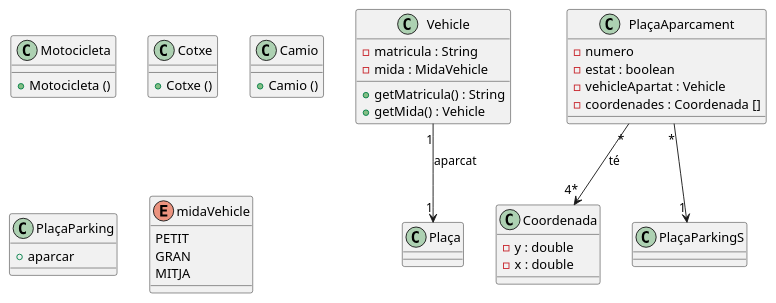
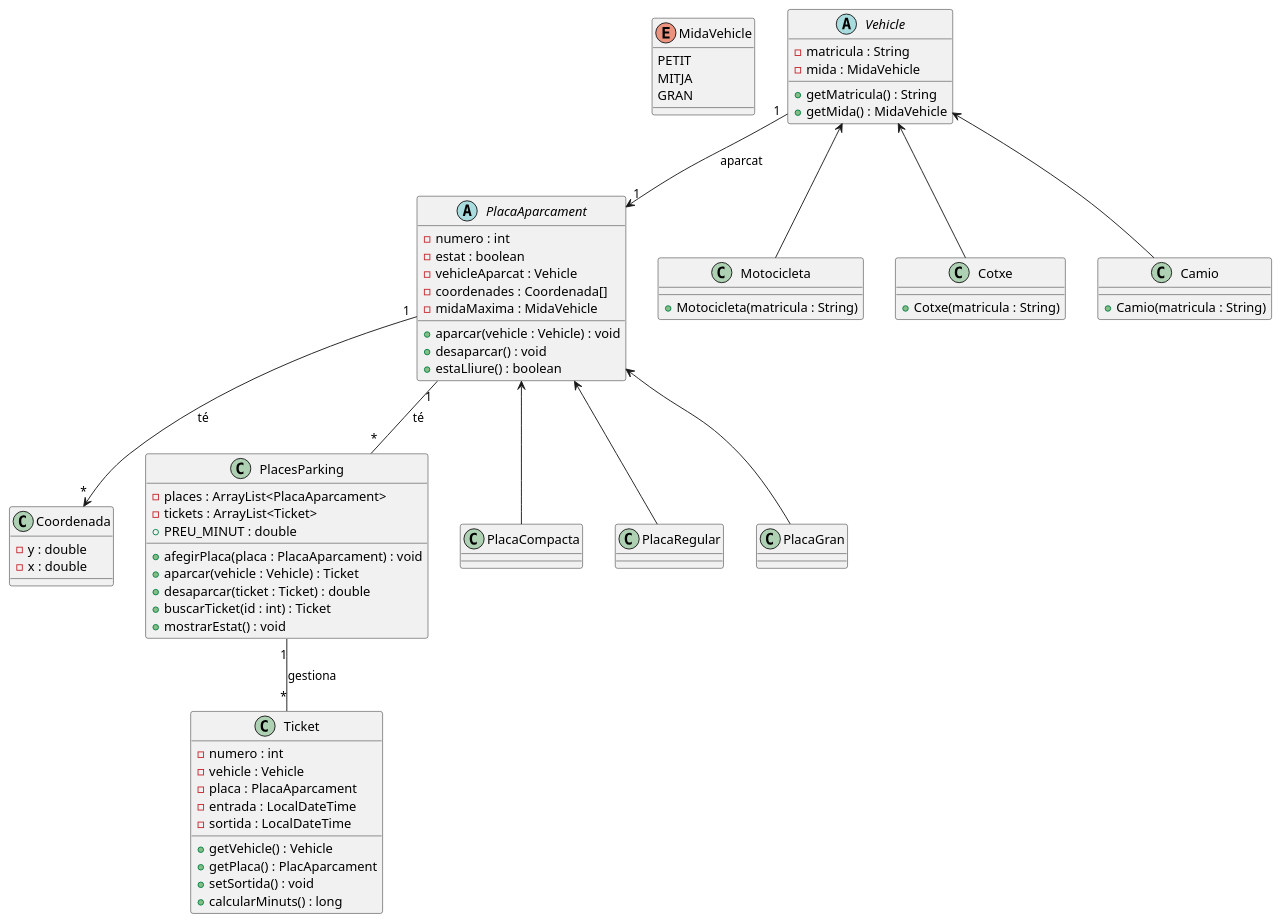
One commit to ins-vib/poo-parking-shxuz045 changed the diagram in src/UML/classes.puml. Above: the diagram before and after it, drawn with PlantUML. The commit also changed 1 other file, not shown here.

Commit message:
UML commit

```diff
--- a/src/UML/classes.puml
+++ b/src/UML/classes.puml
@@ -1,48 +1,97 @@
-Class Vehicle {
-- matricula : String 
+enum MidaVehicle {
+    PETIT
+    MITJA
+    GRAN
+}
+
+abstract Class Vehicle {
+- matricula : String
 - mida : MidaVehicle
 
 + getMatricula() : String
-+ getMida() : Vehicle 
++ getMida() : MidaVehicle
 }
 
-Vehicle "1" --> "1" Plaça: aparcat
+Vehicle "1" --> "1" PlacaAparcament : aparcat
 
 
 Class Motocicleta {
-+ Motocicleta () 
++ Motocicleta(matricula : String)
 }
 
 Class Cotxe {
-+ Cotxe ()
-
++ Cotxe(matricula : String)
 }
 
 Class Camio {
-+ Camio () 
-
++ Camio(matricula : String)
 }
 
-Class PlaçaAparcament {
-    - numero 
+Vehicle <-- Motocicleta
+Vehicle <-- Cotxe
+Vehicle <-- Camio
+
+
+abstract Class PlacaAparcament {
+    - numero : int
     - estat : boolean
-    - vehicleApartat : Vehicle
-    - coordenades : Coordenada []
+    - vehicleAparcat : Vehicle
+    - coordenades : Coordenada[]
+    - midaMaxima : MidaVehicle
+
+    + aparcar(vehicle : Vehicle) : void
+    + desaparcar() : void
+    + estaLliure() : boolean
 }
-PlaçaAparcament "*" --> "4*" Coordenada : té
 
-Class PlaçaParking {
-    + aparcar
-}
-PlaçaAparcament "*" --> "1" PlaçaParkingS
+PlacaAparcament "1" --> "*" Coordenada : té
+
 
 Class Coordenada {
     - y : double
     - x : double
 }
 
-Enum midaVehicle {
-    PETIT
-    GRAN 
-    MITJA
+
+Class PlacesParking {
+    - places : ArrayList<PlacaAparcament>
+    - tickets : ArrayList<Ticket>
+    + PREU_MINUT : double
+
+    + afegirPlaca(placa : PlacaAparcament) : void
+    + aparcar(vehicle : Vehicle) : Ticket
+    + desaparcar(ticket : Ticket) : double
+    + buscarTicket(id : int) : Ticket
+    + mostrarEstat() : void
 }
+
+PlacaAparcament "1" -- "*" PlacesParking : té
+PlacesParking "1" -- "*" Ticket : gestiona
+
+
+class PlacaCompacta {
+}
+
+class PlacaRegular {
+}
+
+class PlacaGran {
+}
+
+PlacaAparcament <-- PlacaCompacta
+PlacaAparcament <-- PlacaRegular
+PlacaAparcament <-- PlacaGran
+
+
+Class Ticket {
+    - numero : int
+    - vehicle : Vehicle
+    - placa : PlacaAparcament
+    - entrada : LocalDateTime
+    - sortida : LocalDateTime
+
+    + getVehicle() : Vehicle
+    + getPlaca() : PlacAparcament
+    + setSortida() : void
+    + calcularMinuts() : long
+}
```
